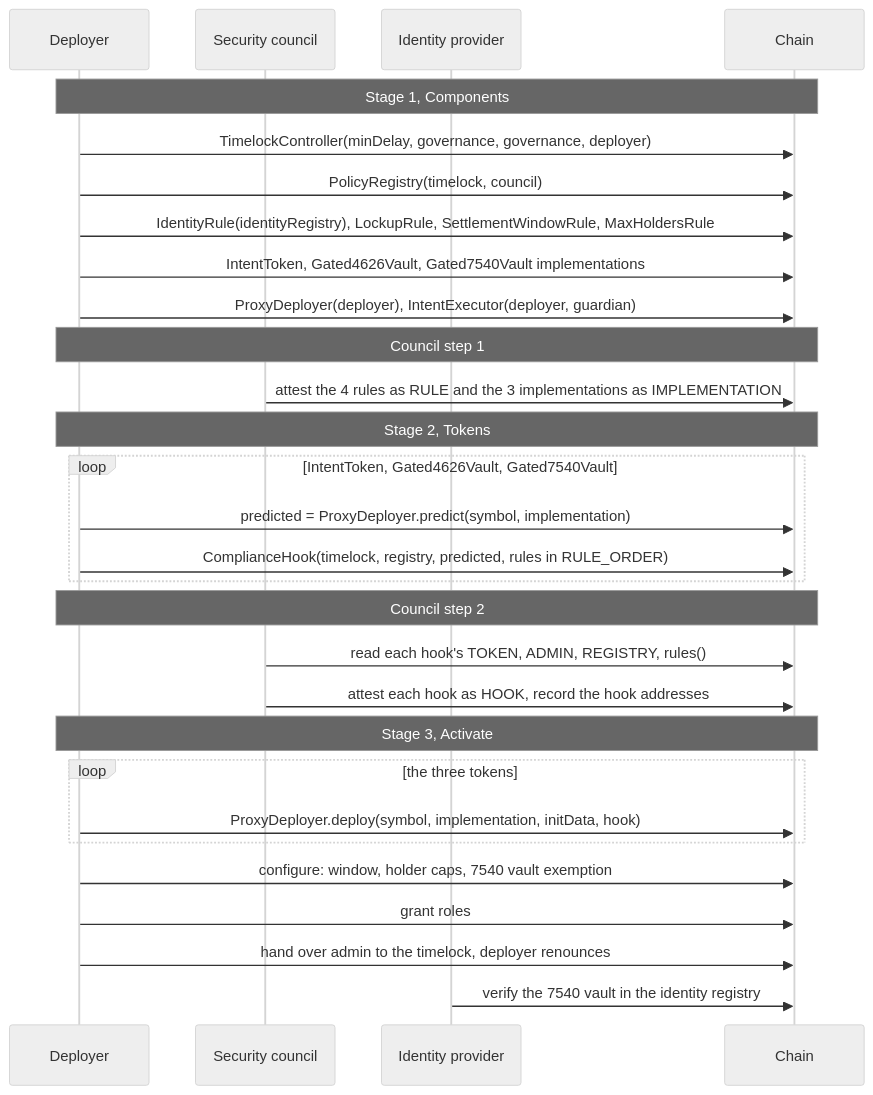
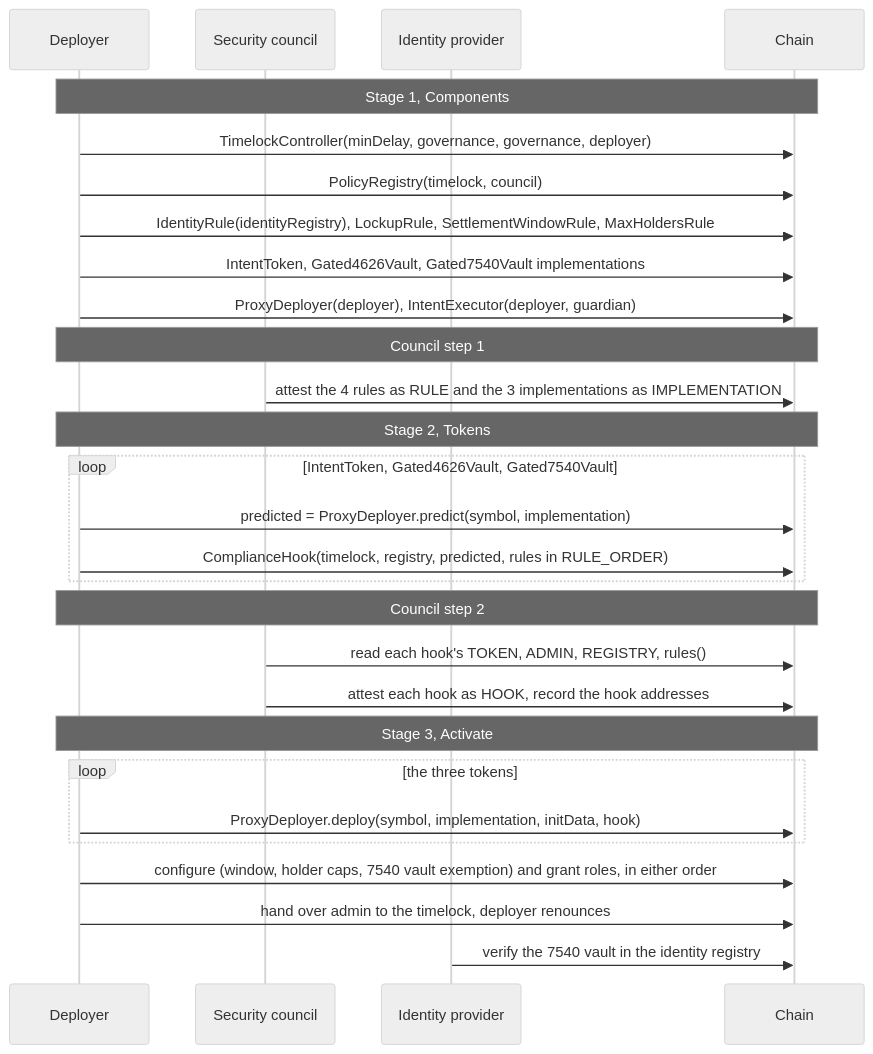
Before and after one commit to fepvenancio/rwa-token: the fourth of 4 diagrams in docs/governance-and-deployment.md, drawn with Mermaid (neutral theme). The commit also changed other lines of this file and 7 other files, not shown here.

````diff
--- a/docs/governance-and-deployment.md
+++ b/docs/governance-and-deployment.md
@@ -144,36 +148,35 @@
 ```mermaid
 sequenceDiagram
   participant D as Deployer
   participant Co as Security council
   participant IP as Identity provider
   participant Ch as Chain
 
   Note over D,Ch: Stage 1, Components
   D->>Ch: TimelockController(minDelay, governance, governance, deployer)
   D->>Ch: PolicyRegistry(timelock, council)
   D->>Ch: IdentityRule(identityRegistry), LockupRule, SettlementWindowRule, MaxHoldersRule
   D->>Ch: IntentToken, Gated4626Vault, Gated7540Vault implementations
   D->>Ch: ProxyDeployer(deployer), IntentExecutor(deployer, guardian)
 
   Note over D,Ch: Council step 1
   Co->>Ch: attest the 4 rules as RULE and the 3 implementations as IMPLEMENTATION
 
   Note over D,Ch: Stage 2, Tokens
   loop IntentToken, Gated4626Vault, Gated7540Vault
     D->>Ch: predicted = ProxyDeployer.predict(symbol, implementation)
     D->>Ch: ComplianceHook(timelock, registry, predicted, rules in RULE_ORDER)
   end
 
   Note over D,Ch: Council step 2
   Co->>Ch: read each hook's TOKEN, ADMIN, REGISTRY, rules()
   Co->>Ch: attest each hook as HOOK, record the hook addresses
 
   Note over D,Ch: Stage 3, Activate
   loop the three tokens
     D->>Ch: ProxyDeployer.deploy(symbol, implementation, initData, hook)
   end
-  D->>Ch: configure: window, holder caps, 7540 vault exemption
-  D->>Ch: grant roles
+  D->>Ch: configure (window, holder caps, 7540 vault exemption) and grant roles, in either order
   D->>Ch: hand over admin to the timelock, deployer renounces
   IP->>Ch: verify the 7540 vault in the identity registry
 ```
````
